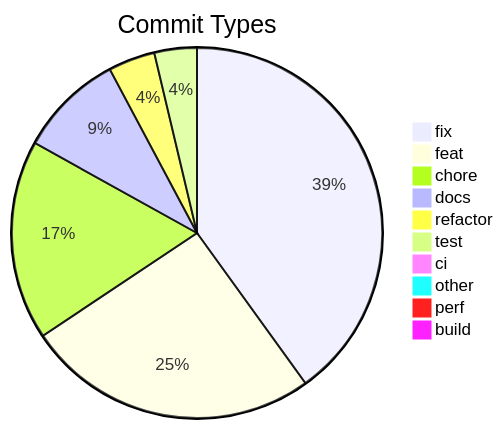
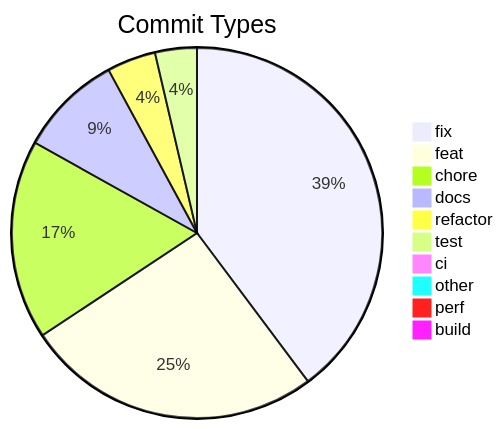
Before and after one commit to svenroth-ai/shipwright-webui: the diagram in .shipwright/compliance/change-history.md, drawn with Mermaid. The commit also changed other lines of this file and 21 other files, not shown here.

````diff
--- a/.shipwright/compliance/change-history.md
+++ b/.shipwright/compliance/change-history.md
@@ -10,13 +10,13 @@
 ```mermaid
 pie title Commit Types
-    "fix" : 324
-    "feat" : 207
-    "chore" : 141
+    "fix" : 327
+    "feat" : 213
+    "chore" : 143
     "docs" : 74
-    "refactor" : 33
+    "refactor" : 35
     "test" : 30
     "ci" : 8
     "other" : 6
     "perf" : 5
     "build" : 1
 ```
````
